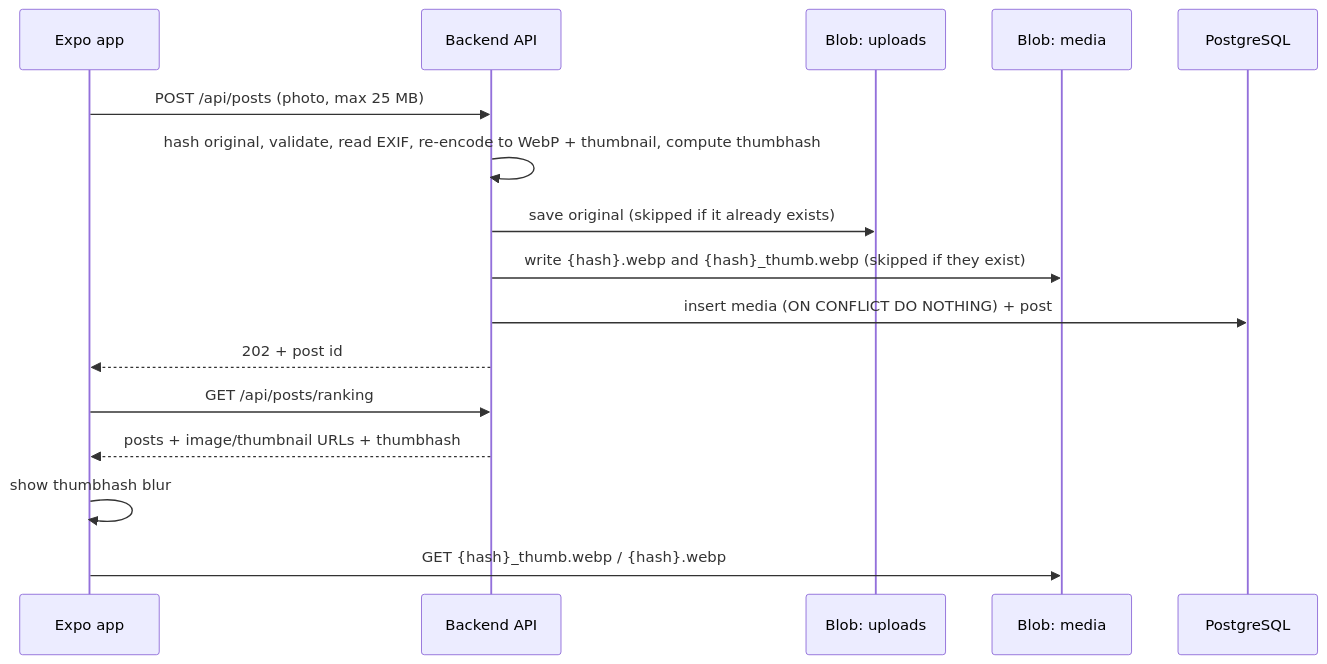
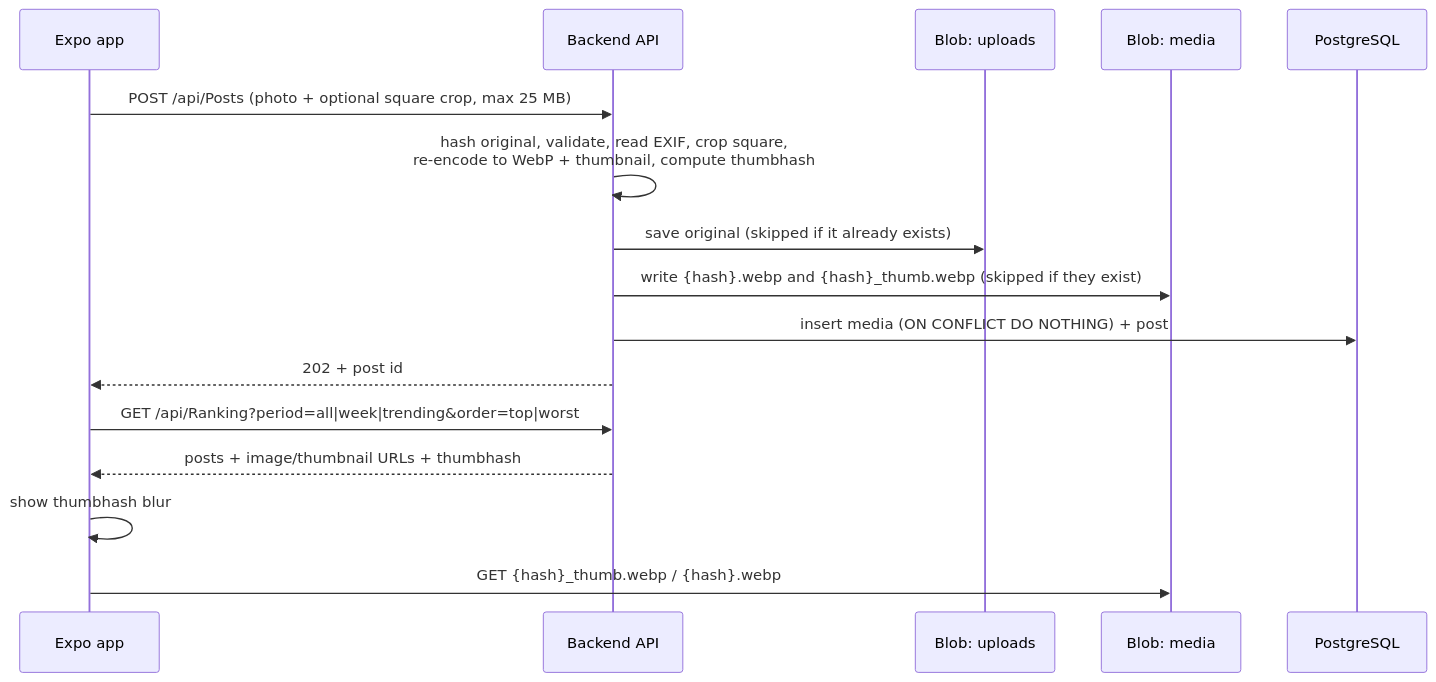
Before and after one commit to Aarhus-tech-project/2026q4-h5-projektstyring-og-app-programmering-group-2: the second of 3 diagrams in ServiceDiagram.md, drawn with Mermaid. The commit also changed other lines of this file and 39 other files, not shown here.

Commit message:
New diagrams and moved controllers

````diff
--- a/ServiceDiagram.md
+++ b/ServiceDiagram.md
@@ -80,20 +103,20 @@
 ```mermaid
 sequenceDiagram
     participant App as Expo app
     participant API as Backend API
     participant Up as Blob: uploads
     participant Media as Blob: media
     participant DB as PostgreSQL
 
-    App->>API: POST /api/posts (photo, max 25 MB)
-    API->>API: hash original, validate, read EXIF, re-encode to WebP + thumbnail, compute thumbhash
+    App->>API: POST /api/Posts (photo + optional square crop, max 25 MB)
+    API->>API: hash original, validate, read EXIF, crop square,<br/>re-encode to WebP + thumbnail, compute thumbhash
     API->>Up: save original (skipped if it already exists)
     API->>Media: write {hash}.webp and {hash}_thumb.webp (skipped if they exist)
     API->>DB: insert media (ON CONFLICT DO NOTHING) + post
     API-->>App: 202 + post id
 
-    App->>API: GET /api/posts/ranking
+    App->>API: GET /api/Ranking?period=all|week|trending&order=top|worst
     API-->>App: posts + image/thumbnail URLs + thumbhash
     App->>App: show thumbhash blur
     App->>Media: GET {hash}_thumb.webp / {hash}.webp
 ```
````
